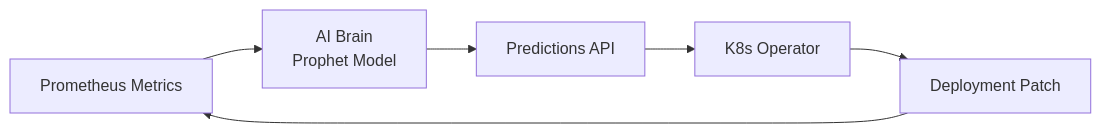
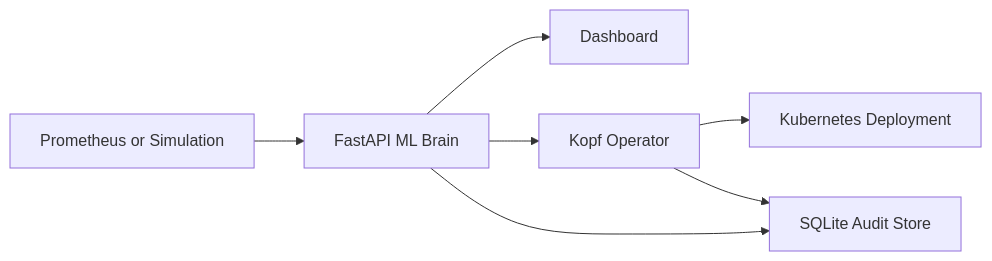
Before and after one commit to AbhikRaj01/RightSizeAI-Predictive-Vertical-Autoscaler: the diagram in README.md, drawn with Mermaid. The commit also changed other lines of this file and 14 other files, not shown here.

Commit message:
feat: upgrade RightSize AI with dashboard controls, SQLite audit logs, and Docker setup

````diff
--- a/README.md
+++ b/README.md
@@ -65,8 +20,9 @@
 ```mermaid
 graph LR
-    A[Prometheus Metrics] --> B[AI Brain<br/>Prophet Model]
-    B --> C[Predictions API]
-    C --> D[K8s Operator]
-    D --> E[Deployment Patch]
-    E --> A
+    A[Prometheus or Simulation] --> B[FastAPI ML Brain]
+    B --> C[Dashboard]
+    B --> D[Kopf Operator]
+    D --> E[Kubernetes Deployment]
+    D --> F[SQLite Audit Store]
+    B --> F
 ```
````
